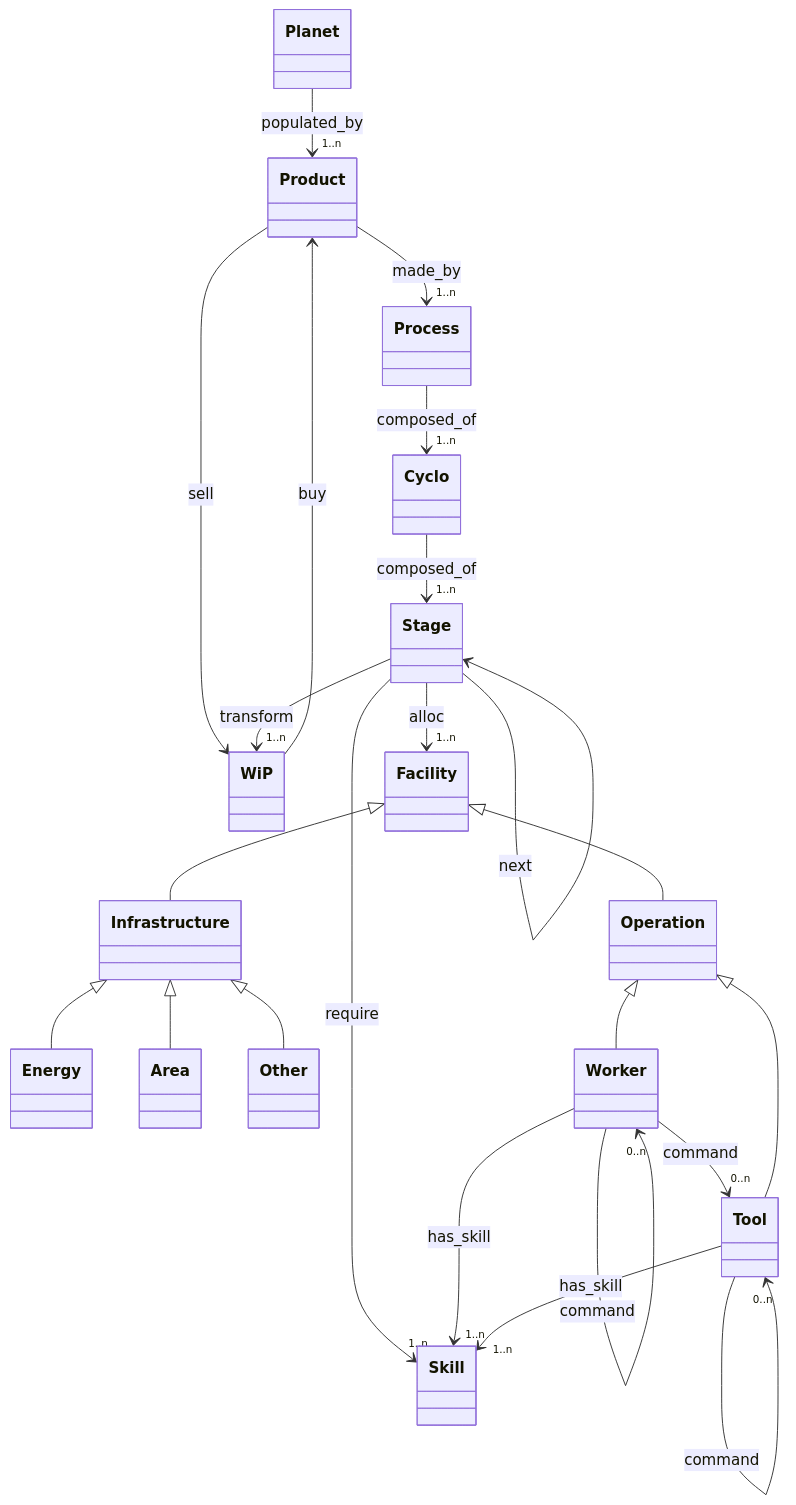
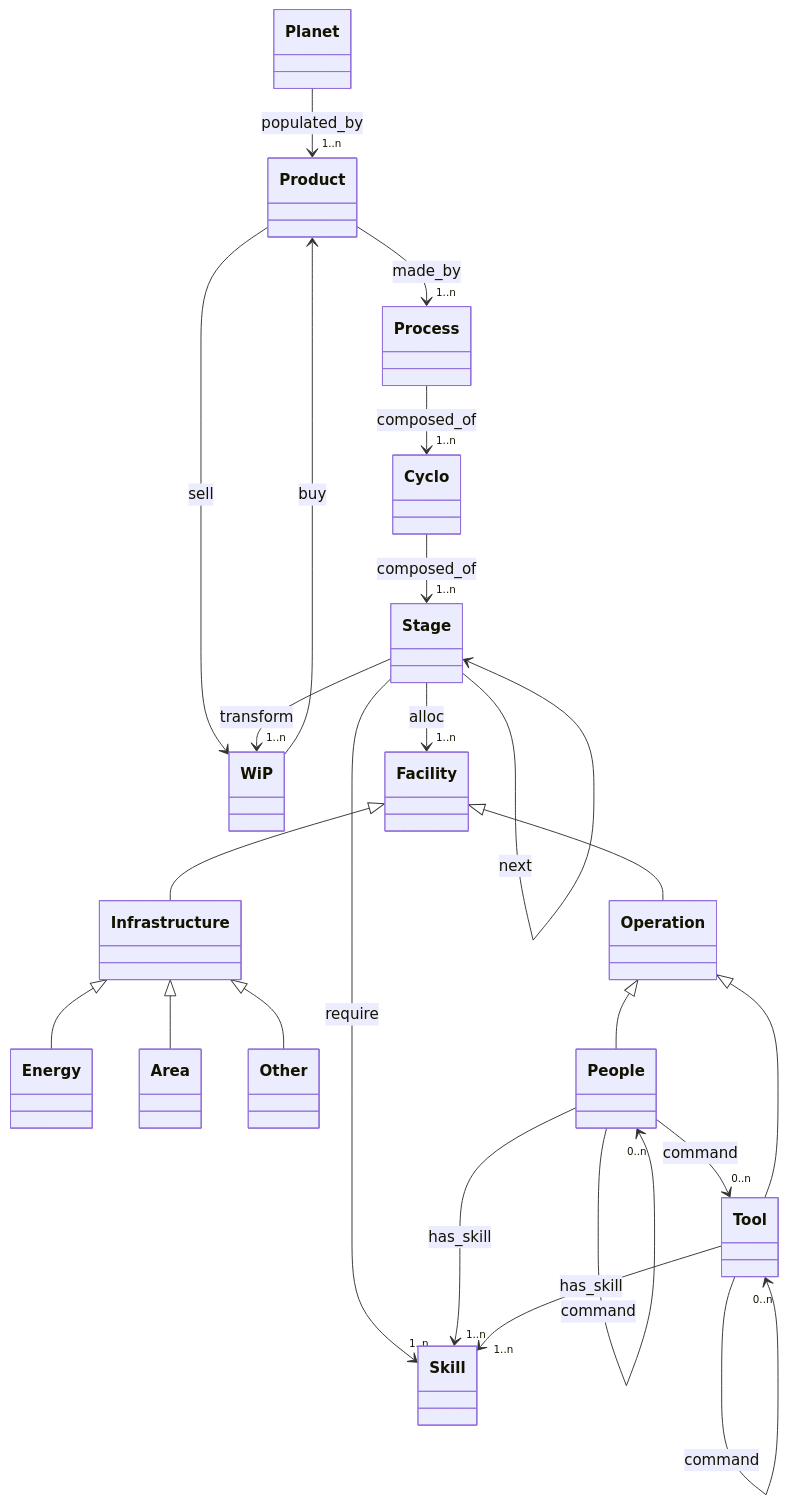
The diagram in content/docs/cyclo/model.md (bampli/specs), drawn with Mermaid before and after one commit.

Commit message:
add people to model

```diff
--- a/content/docs/cyclo/model.md
+++ b/content/docs/cyclo/model.md
@@ -27,25 +27,25 @@
 {{< mermaid >}}
 classDiagram
     Planet --> "1..n" Product : populated_by
     Product --> "1..n" Process : made_by
     Stage --> "1..n" Skill : require
     Product --> WiP : sell
     Process --> "1..n" Cyclo : composed_of
     Cyclo --> "1..n" Stage : composed_of
     Stage --> "1..n" Facility : alloc
     Stage --> Stage : next
     Stage --> "1..n" WiP : transform
     WiP --> Product : buy
     Infrastructure <|-- Energy
     Infrastructure <|-- Area
     Infrastructure <|-- Other
-    Worker --> "1..n" Skill : has_skill
-    Worker --> "0..n" Worker : command
-    Worker --> "0..n" Tool : command
+    People --> "1..n" Skill : has_skill
+    People --> "0..n" People : command
+    People --> "0..n" Tool : command
     Tool --> "0..n" Tool : command
     Tool --> "1..n" Skill : has_skill
     Facility <|-- Infrastructure
-    Operation <|-- Worker
+    Operation <|-- People
     Operation <|-- Tool
     Facility <|-- Operation
 {{< /mermaid >}}
```
